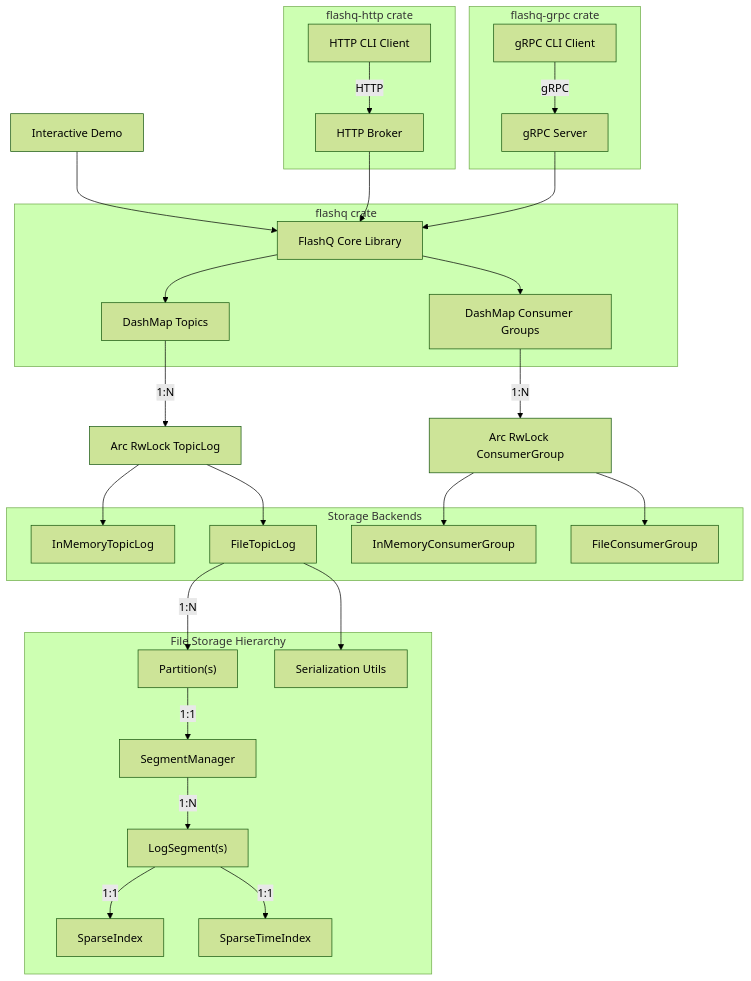
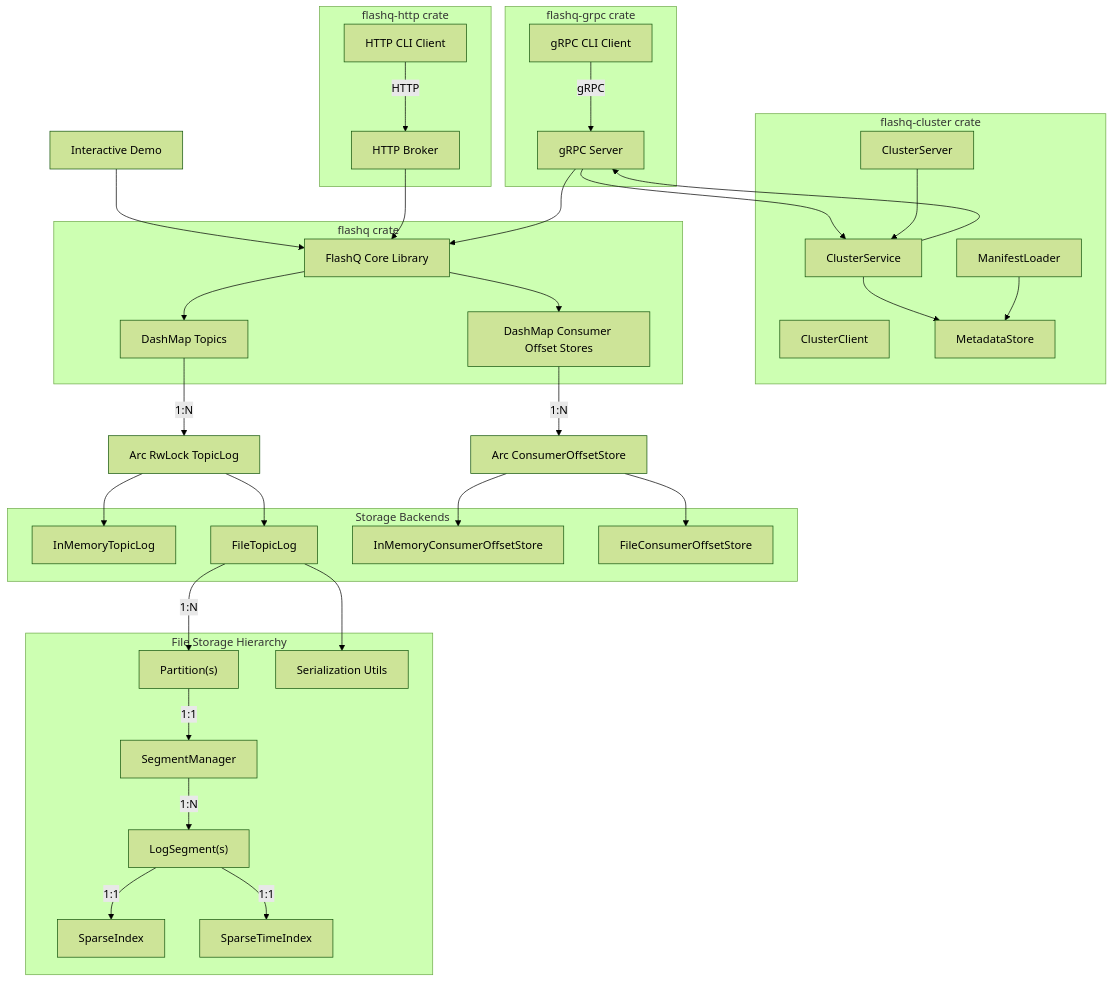
Before and after one commit to harshitmahapatra/flashq: the first of 2 diagrams in docs/architecture.md, drawn with Mermaid (forest theme). The commit also changed other lines of this file and 64 other files, not shown here.

First line of the commit message:
Add cluster coordination and snapshot-based consumer offsets (#77)

````diff
--- a/docs/architecture.md
+++ b/docs/architecture.md
@@ -7,51 +7,65 @@
 ```mermaid
 graph TD
     A[HTTP CLI Client] -->|HTTP| B[HTTP Broker]
     A2[gRPC CLI Client] -->|gRPC| B2[gRPC Server]
     C[Interactive Demo] --> D[FlashQ Core Library]
     B --> D
     B2 --> D
+    B2 --> CS[ClusterService]
 
     subgraph "flashq-http crate"
         B
         A
     end
 
     subgraph "flashq-grpc crate"
         B2
         A2
     end
 
+    subgraph "flashq-cluster crate"
+        CS
+        CC[ClusterClient]
+        CSrv[ClusterServer]
+        MS[MetadataStore]
+        ML[ManifestLoader]
+    end
+
     subgraph "flashq crate"
         D
         E[DashMap Topics]
-        F[DashMap Consumer Groups]
+        F[DashMap Consumer Offset Stores]
     end
 
     D --> E
     D --> F
 
     E -->|"1:N"| G[Arc RwLock TopicLog]
-    F -->|"1:N"| H[Arc RwLock ConsumerGroup]
+    F -->|"1:N"| H[Arc ConsumerOffsetStore]
+
+    CS --> MS
+    CS --> B2
+    CSrv --> CS
+    ML --> MS
 
     subgraph "Storage Backends"
         I[InMemoryTopicLog]
         J[FileTopicLog]
-        K[InMemoryConsumerGroup]
-        L[FileConsumerGroup]
+        K[InMemoryConsumerOffsetStore]
+        L[FileConsumerOffsetStore]
     end
 
     subgraph "File Storage Hierarchy"
         J -->|"1:N"| JP["Partition(s)"]
         JP -->|"1:1"| M["SegmentManager"]
         M -->|"1:N"| N["LogSegment(s)"]
         N -->|"1:1"| O["SparseIndex"]
         N -->|"1:1"| Q["SparseTimeIndex"]
         J --> P["Serialization Utils"]
     end
 
     G --> I
     G --> J
     H --> K
     H --> L
 ```
````
